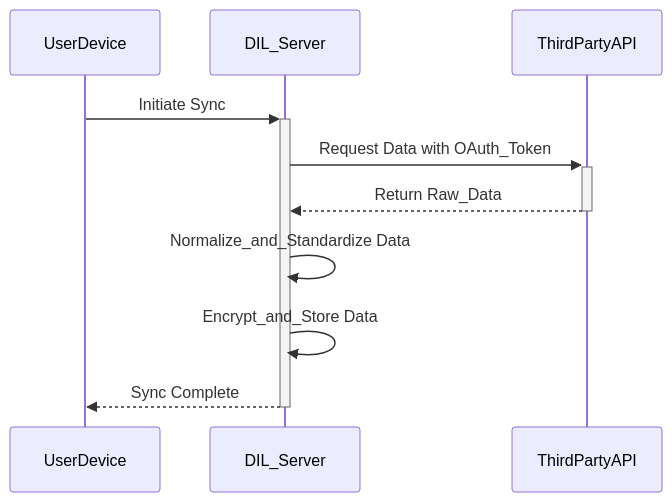
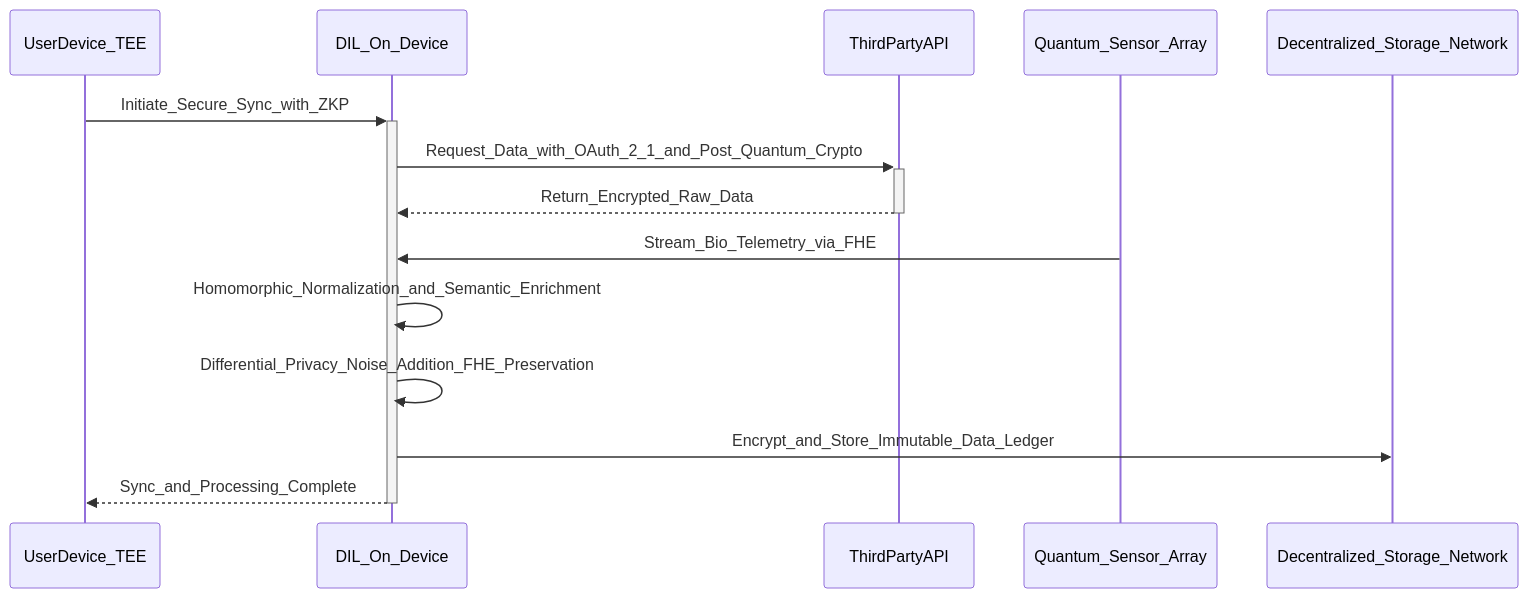
One commit to diplomat-bit/Citibank_Demo_Business_Inc_Demonstration- changed the second of 10 diagrams in inventions/106_ai_agent_for_personal_life_optimization.md. Above: the diagram before and after it, drawn with Mermaid. The commit also changed other lines of this file, not shown here.

````diff
--- a/inventions/106_ai_agent_for_personal_life_optimization.md
+++ b/inventions/106_ai_agent_for_personal_life_optimization.md
@@ -240,13 +281,17 @@
 ```mermaid
 sequenceDiagram
-    participant UserDevice
-    participant DIL_Server
+    participant UserDevice_TEE
+    participant DIL_On_Device
     participant ThirdPartyAPI
+    participant Quantum_Sensor_Array
+    participant Decentralized_Storage_Network
 
-    UserDevice->>+DIL_Server: Initiate Sync
-    DIL_Server->>+ThirdPartyAPI: Request Data with OAuth_Token
-    ThirdPartyAPI-->>-DIL_Server: Return Raw_Data
-    DIL_Server->>DIL_Server: Normalize_and_Standardize Data
-    DIL_Server->>DIL_Server: Encrypt_and_Store Data
-    DIL_Server-->>-UserDevice: Sync Complete
+    UserDevice_TEE->>+DIL_On_Device: Initiate_Secure_Sync_with_ZKP
+    DIL_On_Device->>+ThirdPartyAPI: Request_Data_with_OAuth_2_1_and_Post_Quantum_Crypto
+    ThirdPartyAPI-->>-DIL_On_Device: Return_Encrypted_Raw_Data
+    Quantum_Sensor_Array->>DIL_On_Device: Stream_Bio_Telemetry_via_FHE
+    DIL_On_Device->>DIL_On_Device: Homomorphic_Normalization_and_Semantic_Enrichment
+    DIL_On_Device->>DIL_On_Device: Differential_Privacy_Noise_Addition_FHE_Preservation
+    DIL_On_Device->>Decentralized_Storage_Network: Encrypt_and_Store_Immutable_Data_Ledger
+    DIL_On_Device-->>-UserDevice_TEE: Sync_and_Processing_Complete
 ```
````
